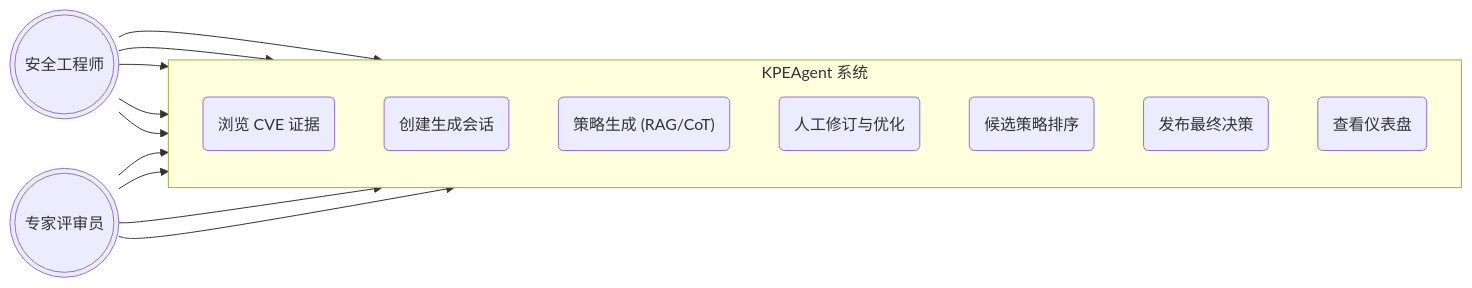
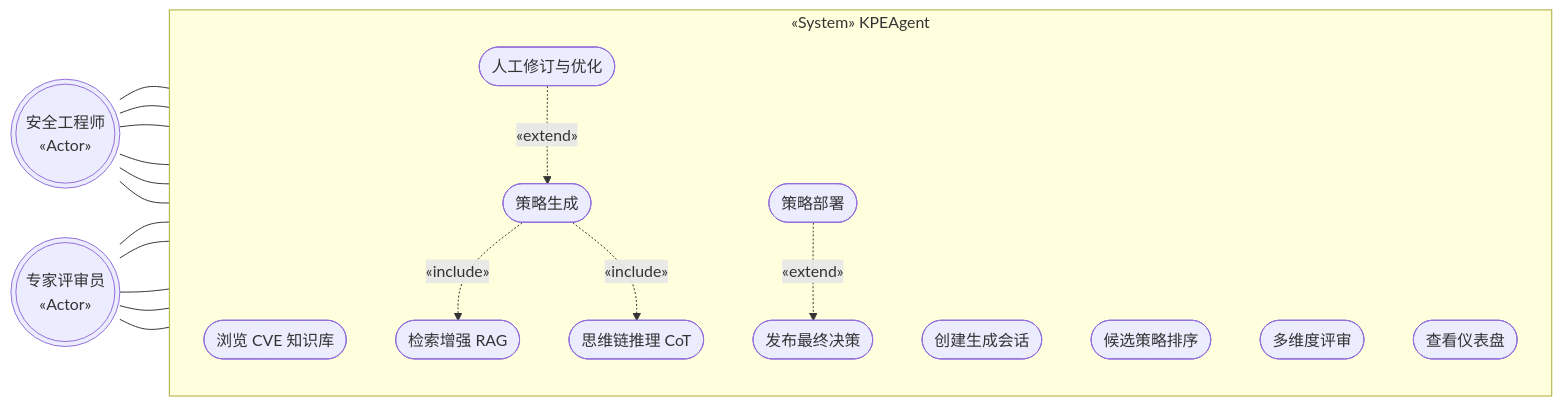
One commit to Ivanbeethoven/ustb_graduator_paper changed the diagram in images/chap4/role_use_case.mmd. Above: the diagram before and after it, drawn with Mermaid. The commit also changed 186 other files, not shown here.

```diff
--- a/images/chap4/role_use_case.mmd
+++ b/images/chap4/role_use_case.mmd
@@ -1,26 +1,44 @@
 flowchart LR
-    %% 使用 flowchart 模拟 use case 以获得更好的兼容性
-    User((("安全工程师")))
-    Reviewer((("专家评审员")))
+    %% UML Use Case Diagram — KPEAgent 系统
+    %% 椭圆 ([...]) 表示用例；(((...))) 表示参与者
 
-    subgraph System ["KPEAgent 系统"]
+    User((("安全工程师\n«Actor»")))
+    Reviewer((("专家评审员\n«Actor»")))
+
+    subgraph System ["«System» KPEAgent"]
         direction TB
-        UC1("浏览 CVE 证据")
-        UC2("创建生成会话")
-        UC3("策略生成 (RAG/CoT)")
-        UC4("人工修订与优化")
-        UC5("候选策略排序")
-        UC6("发布最终决策")
-        UC7("查看仪表盘")
+        UC1(["浏览 CVE 知识库"])
+        UC2(["创建生成会话"])
+        UC3(["策略生成"])
+        UC3a(["检索增强 RAG"])
+        UC3b(["思维链推理 CoT"])
+        UC4(["人工修订与优化"])
+        UC5(["候选策略排序"])
+        UC6(["多维度评审"])
+        UC7(["发布最终决策"])
+        UC8(["策略部署"])
+        UC9(["查看仪表盘"])
+
+        %% «include» 关系
+        UC3 -.->|"«include»"| UC3a
+        UC3 -.->|"«include»"| UC3b
+
+        %% «extend» 关系
+        UC4 -.->|"«extend»"| UC3
+        UC8 -.->|"«extend»"| UC7
     end
 
-    User --> UC1
-    User --> UC2
-    User --> UC3
-    User --> UC4
-    User --> UC6
-    
-    Reviewer --> UC1
-    Reviewer --> UC5
-    Reviewer --> UC7
-    Reviewer --> UC6
+    %% 安全工程师关联
+    User --- UC1
+    User --- UC2
+    User --- UC3
+    User --- UC4
+    User --- UC7
+    User --- UC8
+
+    %% 专家评审员关联
+    Reviewer --- UC1
+    Reviewer --- UC5
+    Reviewer --- UC6
+    Reviewer --- UC7
+    Reviewer --- UC9
```
